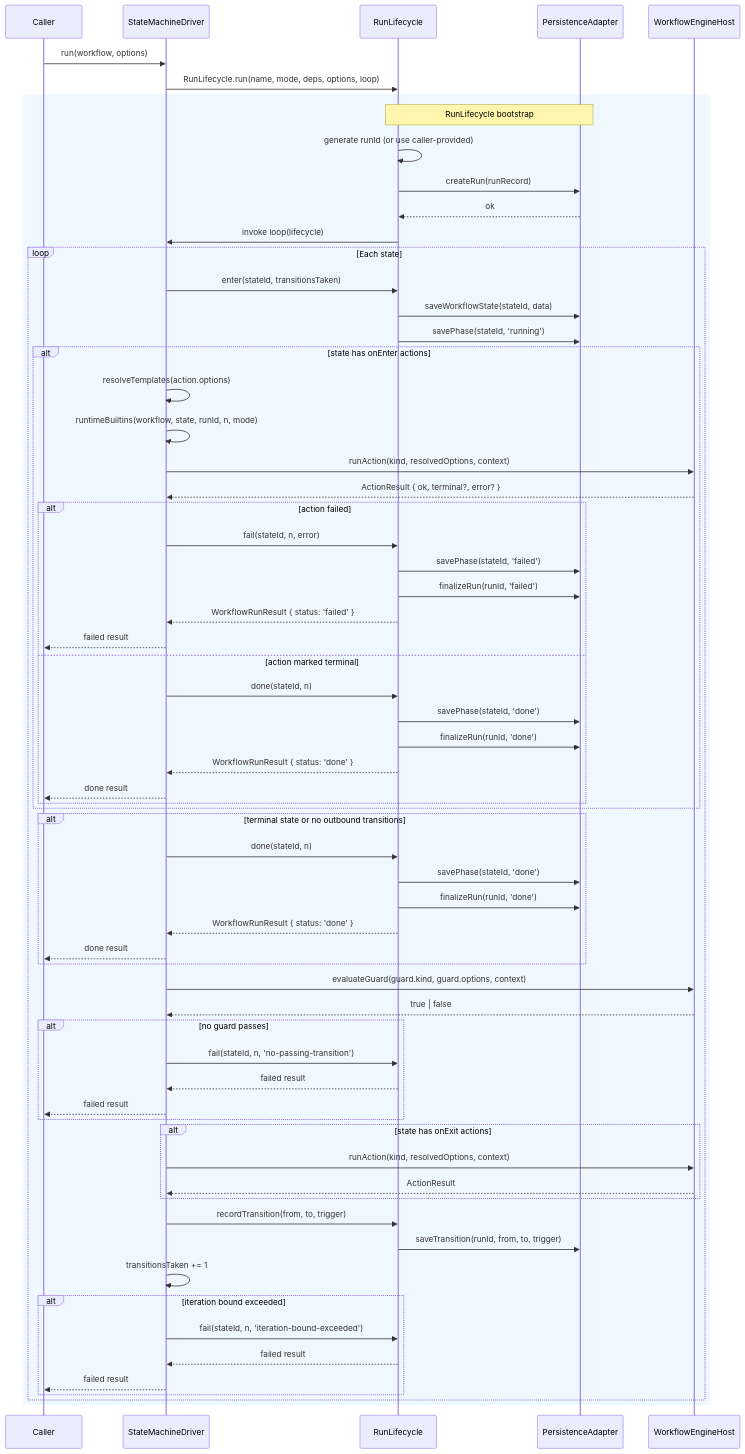
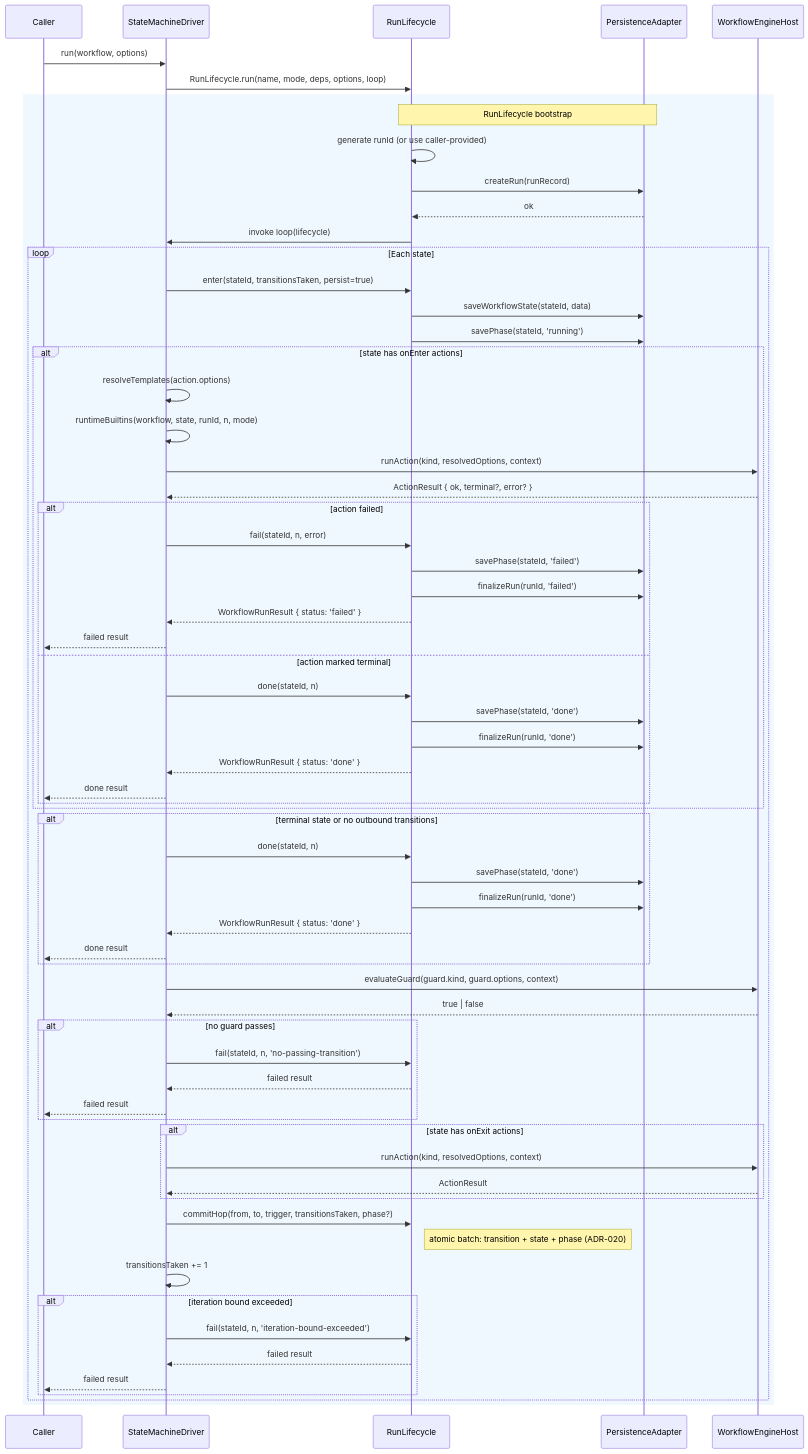
The second of 3 diagrams in packages/dual-workflow-engine/README.md (gobing-ai/ts-libs), drawn with Mermaid before and after one commit. The commit also changed other lines of this file and 28 other files, not shown here.

First line of the commit message:
feat: atomic workflow commit, streaming JSONL importer, symlink-safe extension confinement

````diff
--- a/packages/dual-workflow-engine/README.md
+++ b/packages/dual-workflow-engine/README.md
@@ -206,76 +206,76 @@
 ```mermaid
 sequenceDiagram
     participant Caller
     participant SM as StateMachineDriver
     participant RL as RunLifecycle
     participant P as PersistenceAdapter
     participant H as WorkflowEngineHost
 
     Caller->>SM: run(workflow, options)
     SM->>RL: RunLifecycle.run(name, mode, deps, options, loop)
 
     rect rgb(240, 248, 255)
         Note over RL,P: RunLifecycle bootstrap
         RL->>RL: generate runId (or use caller-provided)
         RL->>P: createRun(runRecord)
         P-->>RL: ok
         RL->>SM: invoke loop(lifecycle)
 
         loop Each state
-            SM->>RL: enter(stateId, transitionsTaken)
+            SM->>RL: enter(stateId, transitionsTaken, persist=true)
             RL->>P: saveWorkflowState(stateId, data)
             RL->>P: savePhase(stateId, 'running')
 
             alt state has onEnter actions
                 SM->>SM: resolveTemplates(action.options)
                 SM->>SM: runtimeBuiltins(workflow, state, runId, n, mode)
                 SM->>H: runAction(kind, resolvedOptions, context)
                 H-->>SM: ActionResult { ok, terminal?, error? }
                 alt action failed
                     SM->>RL: fail(stateId, n, error)
                     RL->>P: savePhase(stateId, 'failed')
                     RL->>P: finalizeRun(runId, 'failed')
                     RL-->>SM: WorkflowRunResult { status: 'failed' }
                     SM-->>Caller: failed result
                 else action marked terminal
                     SM->>RL: done(stateId, n)
                     RL->>P: savePhase(stateId, 'done')
                     RL->>P: finalizeRun(runId, 'done')
                     RL-->>SM: WorkflowRunResult { status: 'done' }
                     SM-->>Caller: done result
                 end
             end
 
             alt terminal state or no outbound transitions
                 SM->>RL: done(stateId, n)
                 RL->>P: savePhase(stateId, 'done')
                 RL->>P: finalizeRun(runId, 'done')
                 RL-->>SM: WorkflowRunResult { status: 'done' }
                 SM-->>Caller: done result
             end
 
             SM->>H: evaluateGuard(guard.kind, guard.options, context)
             H-->>SM: true | false
             alt no guard passes
                 SM->>RL: fail(stateId, n, 'no-passing-transition')
                 RL-->>SM: failed result
                 SM-->>Caller: failed result
             end
 
             alt state has onExit actions
                 SM->>H: runAction(kind, resolvedOptions, context)
                 H-->>SM: ActionResult
             end
 
-            SM->>RL: recordTransition(from, to, trigger)
-            RL->>P: saveTransition(runId, from, to, trigger)
+            SM->>RL: commitHop(from, to, trigger, transitionsTaken, phase?)
+            Note right of RL: atomic batch: transition + state + phase (ADR-020)
             SM->>SM: transitionsTaken += 1
 
             alt iteration bound exceeded
                 SM->>RL: fail(stateId, n, 'iteration-bound-exceeded')
                 RL-->>SM: failed result
                 SM-->>Caller: failed result
             end
         end
     end
 ```
````
